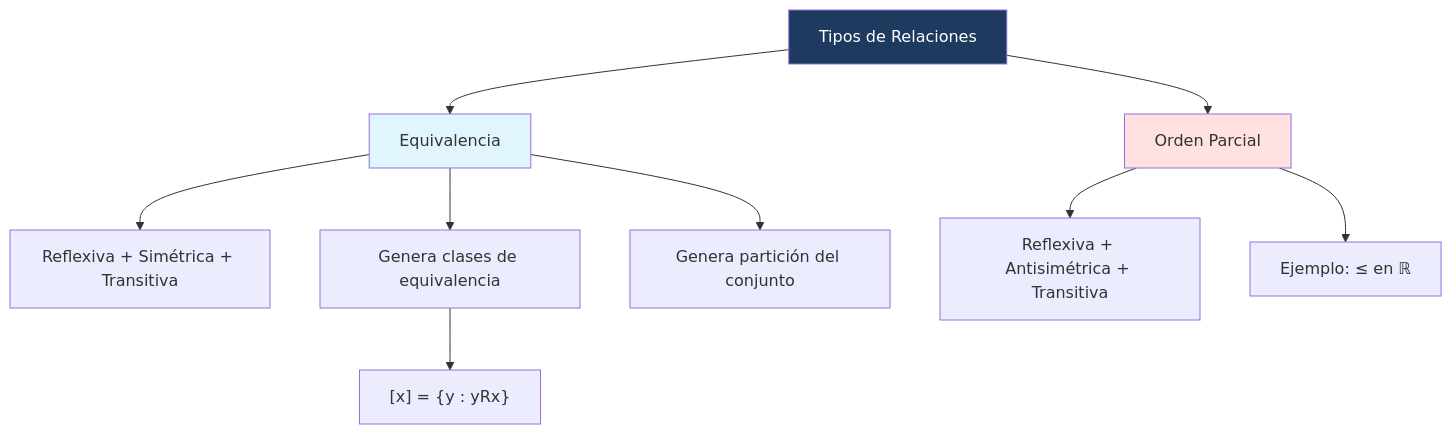
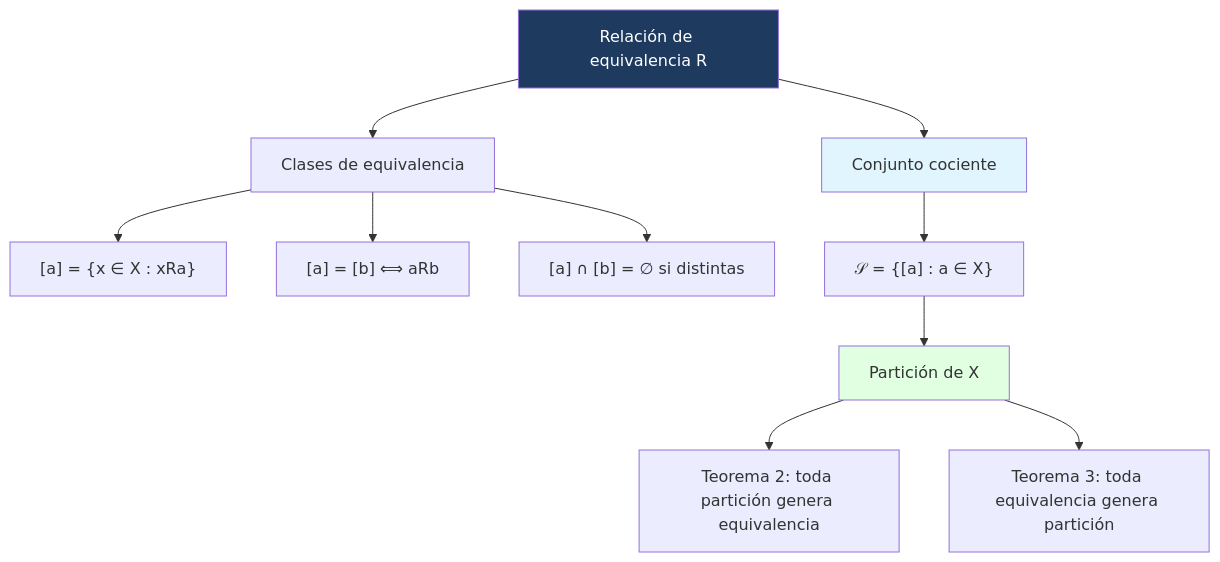
One commit to Fsteven22/Notas-de-Universidad-Freddy-Sanchez- changed the diagram in Universidad/3er Semestre/Matemáticas Discretas/Unidad 2 - Funciones y Relaciones/03 - Propiedades y Equivalencia.md. Above: the diagram before and after it, drawn with Mermaid. The commit also changed other lines of this file and 16 other files, not shown here.

````diff
--- a/Universidad/3er Semestre/Matemáticas Discretas/Unidad 2 - Funciones y Relaciones/03 - Propiedades y Equivalencia.md
+++ b/Universidad/3er Semestre/Matemáticas Discretas/Unidad 2 - Funciones y Relaciones/03 - Propiedades y Equivalencia.md
@@ -142,15 +184,16 @@
 ```mermaid
 graph TD
-    A[Tipos de Relaciones] --> B[Equivalencia]
-    A --> C[Orden Parcial]
-    B --> B1[Reflexiva + Simétrica + Transitiva]
-    B --> B2[Genera clases de equivalencia]
-    B --> B3[Genera partición del conjunto]
-    C --> C1[Reflexiva + Antisimétrica + Transitiva]
-    C --> C2["Ejemplo: ≤ en ℝ"]
-    B2 --> B4["[x] = {y : yRx}"]
+    A[Relación de equivalencia R] --> B[Clases de equivalencia]
+    B --> C["[a] = {x ∈ X : xRa}"]
+    B --> D["[a] = [b] ⟺ aRb"]
+    B --> E["[a] ∩ [b] = ∅ si distintas"]
+    A --> F[Conjunto cociente]
+    F --> G["𝒮 = {[a] : a ∈ X}"]
+    G --> H[Partición de X]
+    H --> I[Teorema 2: toda partición genera equivalencia]
+    H --> J[Teorema 3: toda equivalencia genera partición]
 
     style A fill:#1e3a5f,color:#fff
-    style B fill:#e1f5ff
-    style C fill:#ffe1e1
+    style F fill:#e1f5ff
+    style H fill:#e1ffe1
 ```
````
